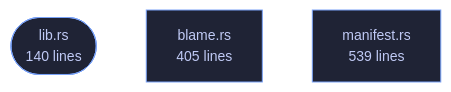
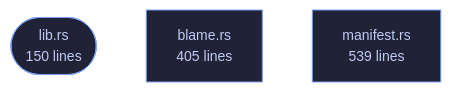
The diagram in crates/veilvoice-guard/README.md (tilas01/veilvoice), drawn with Mermaid before and after one commit. The commit also changed other lines of this file and 182 other files, not shown here.

````diff
--- a/crates/veilvoice-guard/README.md
+++ b/crates/veilvoice-guard/README.md
@@ -92,10 +103,10 @@
 ```mermaid
 %%{init: {"theme":"base","themeVariables":{"background":"#1a1b26","primaryColor":"#1f2335","primaryTextColor":"#c0caf5","primaryBorderColor":"#7aa2f7","secondaryColor":"#16161e","tertiaryColor":"#16161e","lineColor":"#737aa2","textColor":"#c0caf5","mainBkg":"#1f2335","nodeBorder":"#7aa2f7","clusterBkg":"#16161e","clusterBorder":"#2f3549","fontFamily":"ui-monospace, SFMono-Regular, Consolas, monospace","fontSize":"14px"}}}%%
 flowchart TD
-    n_lib(["lib.rs<br/>140 lines"])
+    n_lib(["lib.rs<br/>150 lines"])
     n_blame["blame.rs<br/>405 lines"]
     n_manifest["manifest.rs<br/>539 lines"]
     click n_lib href "https://github.com/tilas01/veilvoice/blob/main/crates/veilvoice-guard/src/lib.rs" "open the source"
     click n_blame href "https://github.com/tilas01/veilvoice/blob/main/crates/veilvoice-guard/src/blame.rs" "open the source"
     click n_manifest href "https://github.com/tilas01/veilvoice/blob/main/crates/veilvoice-guard/src/manifest.rs" "open the source"
 ```
````
